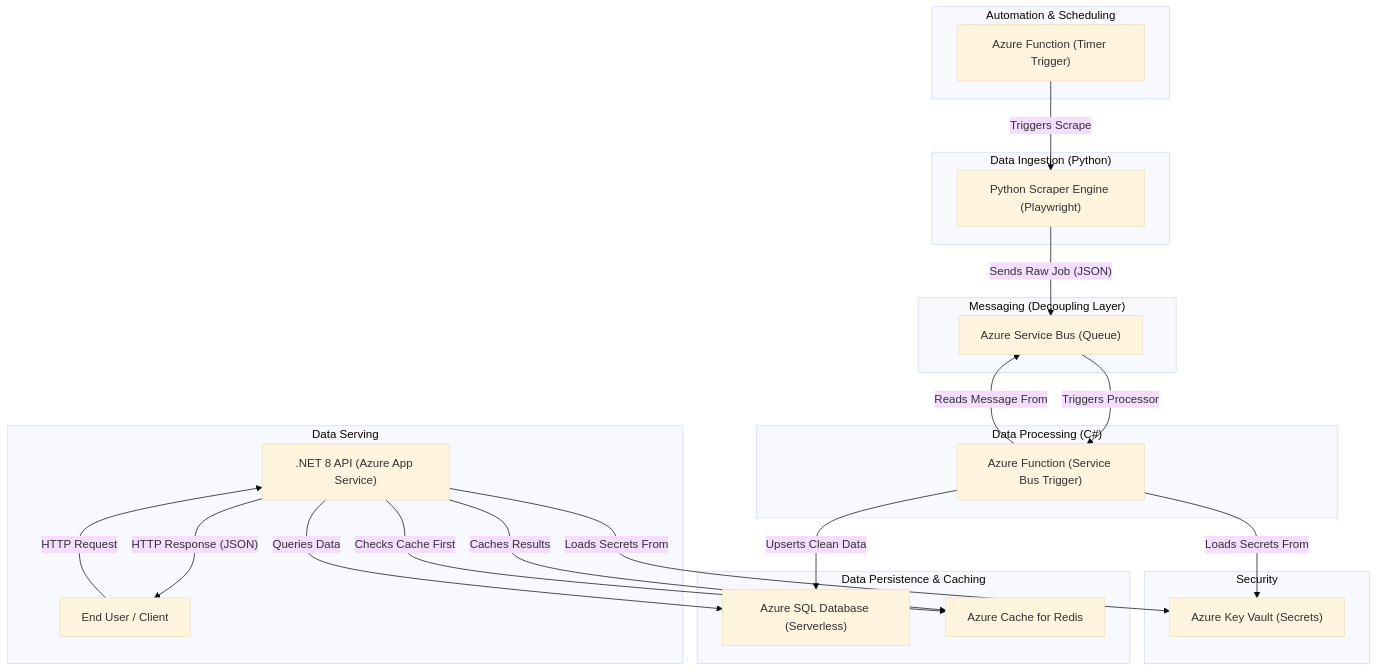
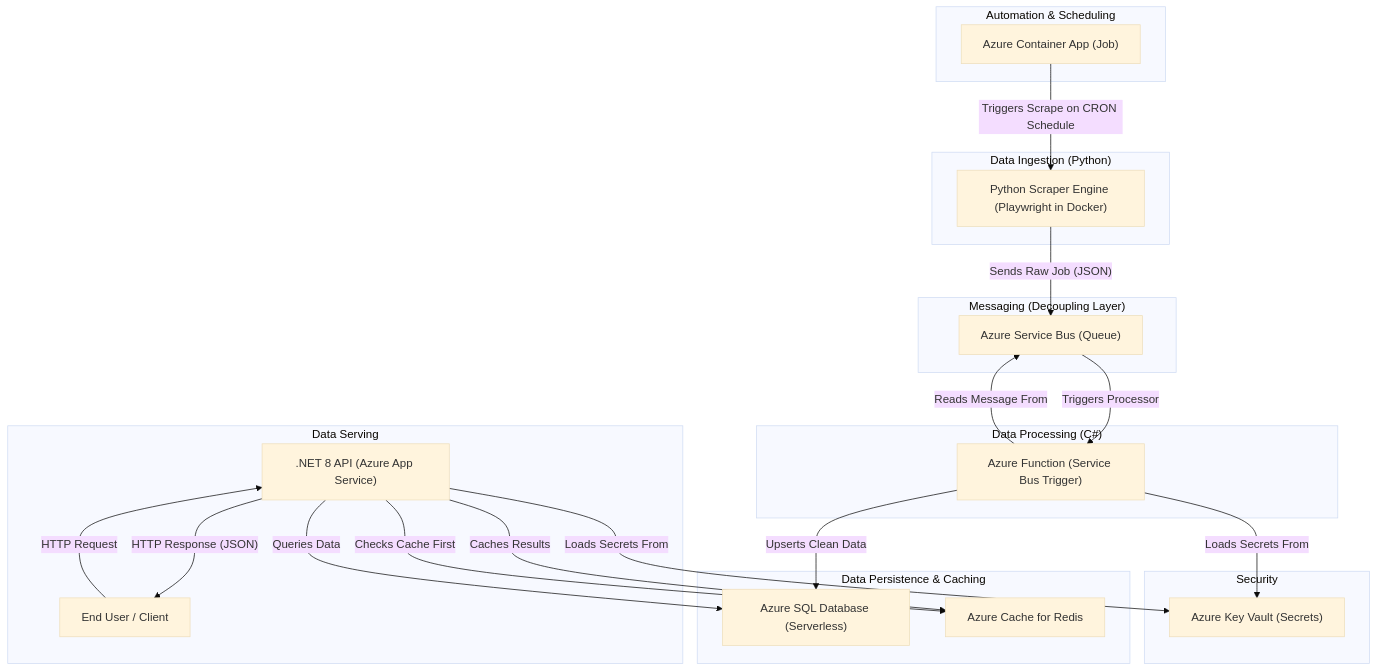
The diagram in README.md (Intangible-pg18/Jobvago), drawn with Mermaid (base theme) before and after one commit. The commit also changed other lines of this file, not shown here.

Commit message:
Update Architecture

````diff
--- a/README.md
+++ b/README.md
@@ -13,45 +13,47 @@
 ```mermaid
 graph TD
     subgraph "Automation & Scheduling"
-        A["Azure Function (Timer Trigger)"]
+        A["Azure Container App (Job)"]
     end
 
     subgraph "Data Ingestion (Python)"
-        B["Python Scraper Engine (Playwright)"]
+        B["Python Scraper Engine (Playwright in Docker)"]
     end
 
     subgraph "Messaging (Decoupling Layer)"
         C["Azure Service Bus (Queue)"]
     end
 
     subgraph "Data Processing (C#)"
         D["Azure Function (Service Bus Trigger)"]
     end
+
+
 
     subgraph "Data Persistence & Caching"
         E["Azure SQL Database (Serverless)"]
         F["Azure Cache for Redis"]
     end
 
     subgraph "Data Serving"
         G[" .NET 8 API (Azure App Service)"]
         H["End User / Client"]
     end
 
     subgraph "Security"
         I["Azure Key Vault (Secrets)"]
     end
 
-    A -- "Triggers Scrape" --> B
+    A -- "Triggers Scrape on CRON Schedule" --> B
     B -- "Sends Raw Job (JSON)" --> C
     C -- "Triggers Processor" --> D
     D -- "Reads Message From" --> C
     D -- "Upserts Clean Data" --> E
     G -- "Queries Data" --> E
     G -- "Caches Results" --> F
     G -- "Checks Cache First" --> F
     H -- "HTTP Request" --> G
     G -- "HTTP Response (JSON)" --> H
     G -- "Loads Secrets From" --> I
     D -- "Loads Secrets From" --> I
 ```
````
